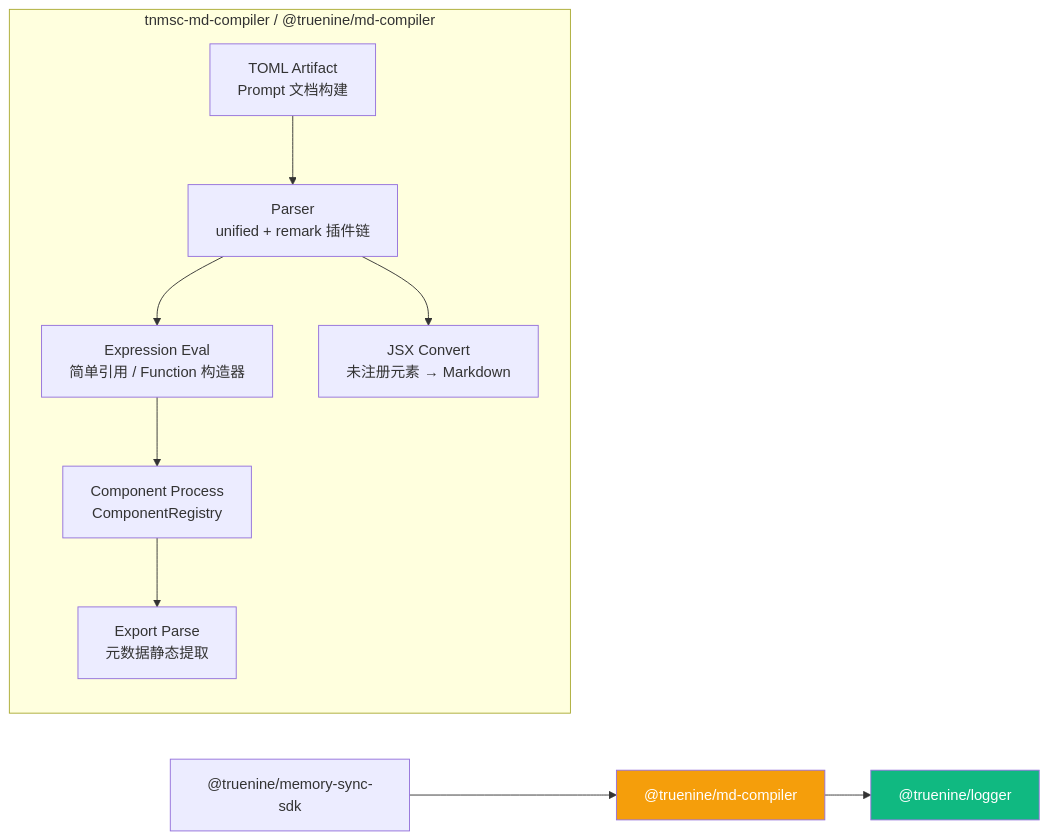
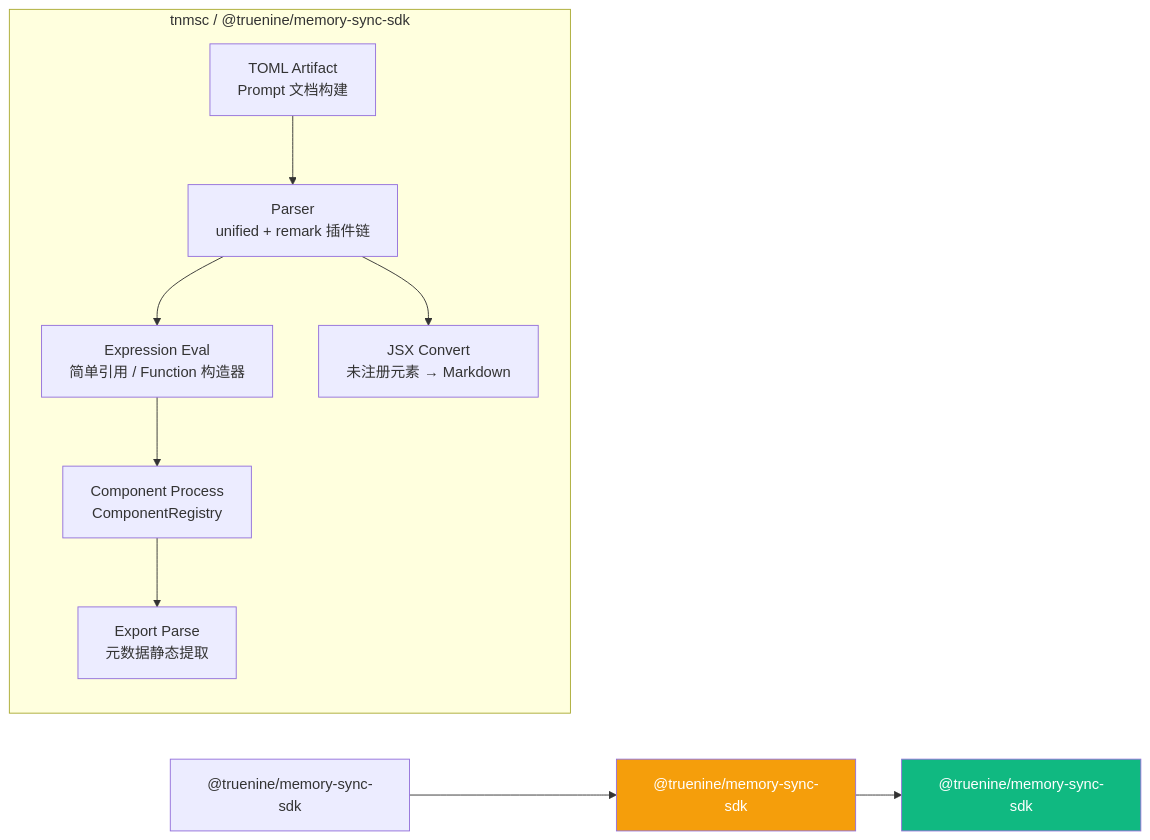
One commit to TrueNine/memory-sync changed the third of 6 diagrams in doc/content/sdk/architecture.mdx. Above: the diagram before and after it, drawn with Mermaid. The commit also changed other lines of this file and 188 other files, not shown here.

````diff
--- a/doc/content/sdk/architecture.mdx
+++ b/doc/content/sdk/architecture.mdx
@@ -157,24 +157,24 @@
 ```mermaid
 graph LR
-    SDK["@truenine/memory-sync-sdk"] --> MDC["@truenine/md-compiler"]
-    MDC --> LOGGER["@truenine/logger"]
+    SDK["@truenine/memory-sync-sdk"] --> MDC["@truenine/memory-sync-sdk"]
+    MDC --> LOGGER["@truenine/memory-sync-sdk"]
 
-    subgraph MDXCompiler["tnmsc-md-compiler / @truenine/md-compiler"]
+    subgraph MDXCompiler["tnmsc / @truenine/memory-sync-sdk"]
         direction TB
         MC_PARSER["Parser<br/>unified + remark 插件链"]
         MC_EXPR["Expression Eval<br/>简单引用 / Function 构造器"]
         MC_COMP["Component Process<br/>ComponentRegistry"]
         MC_EXPORT["Export Parse<br/>元数据静态提取"]
         MC_JSX["JSX Convert<br/>未注册元素 → Markdown"]
         MC_TOML["TOML Artifact<br/>Prompt 文档构建"]
     end
 
     MC_PARSER --> MC_EXPR
     MC_EXPR --> MC_COMP
     MC_COMP --> MC_EXPORT
     MC_PARSER --> MC_JSX
     MC_TOML --> MC_PARSER
 
     style MDC fill:#f59e0b,color:#fff
     style LOGGER fill:#10b981,color:#fff
 ```
````
